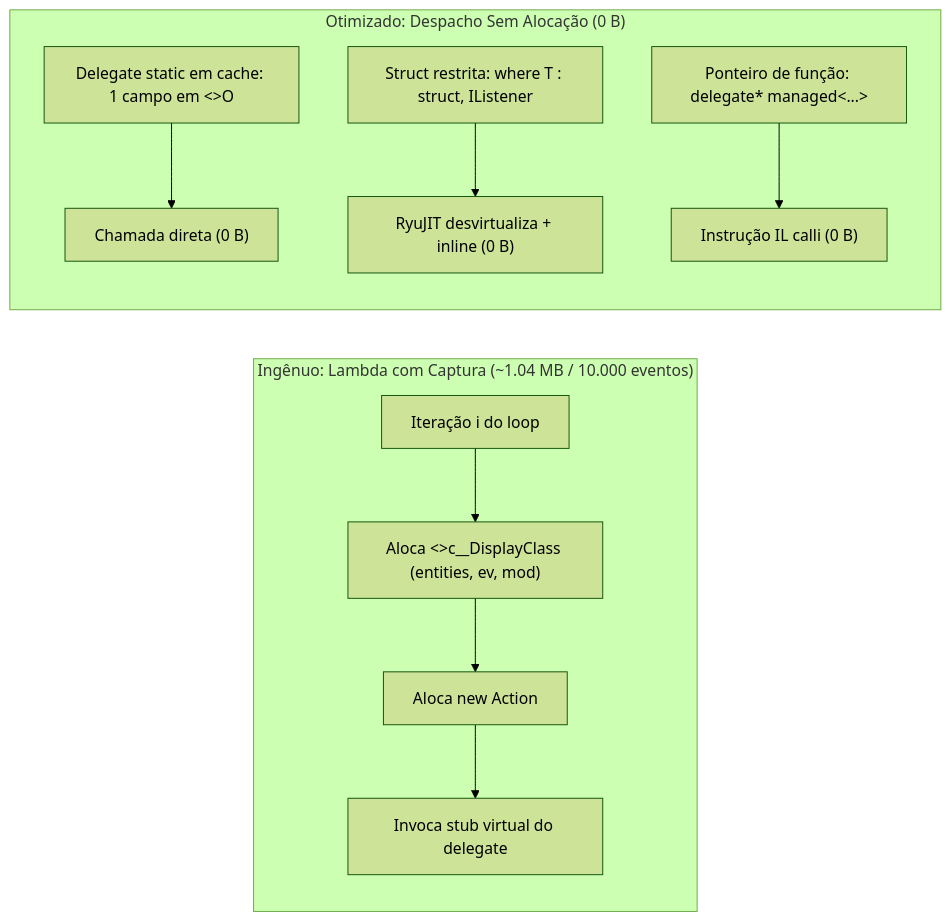
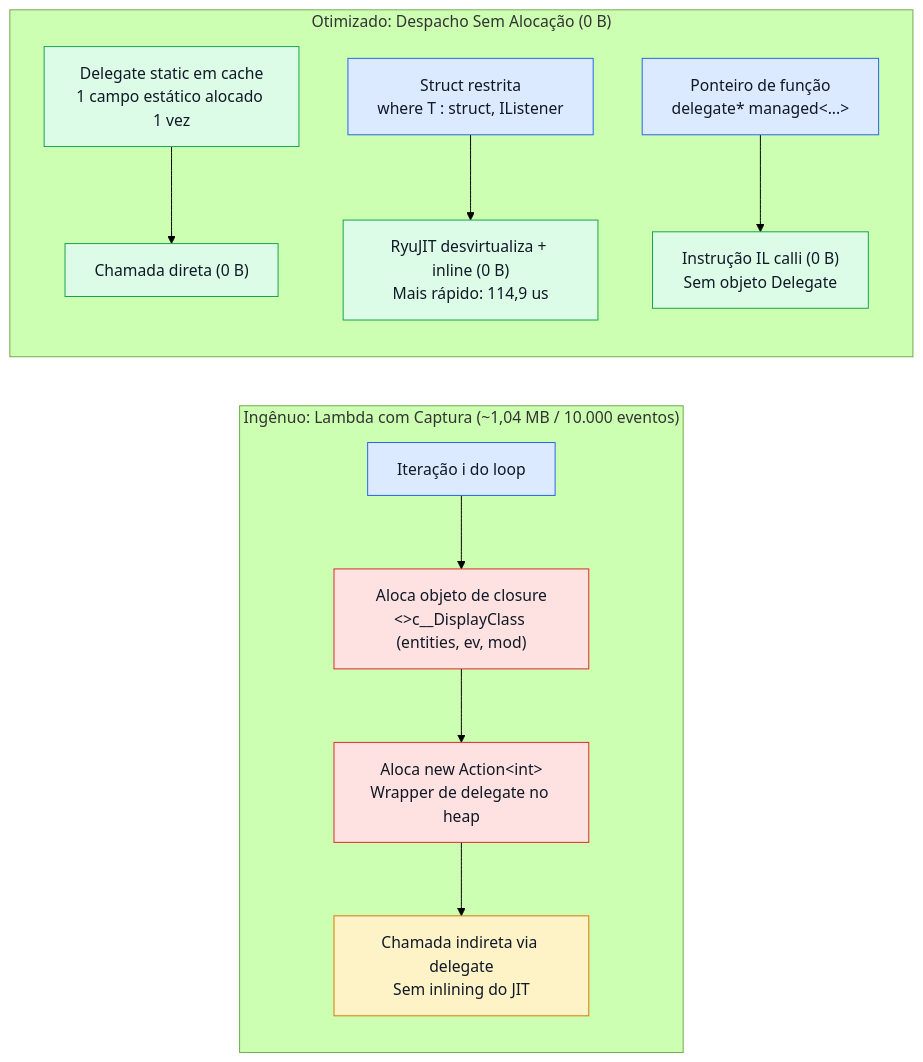
One commit to LevyArsOS/csharp-lessons changed the diagram in CSharpLessons/DelegateCaching/Tutorial/pt-br.md. Above: the diagram before and after it, drawn with Mermaid (forest theme). The commit also changed other lines of this file and 5 other files, not shown here.

First line of the commit message:
docs(tutorials): fix DelegateCaching labels and upgrade Mermaid diagrams

````diff
--- a/CSharpLessons/DelegateCaching/Tutorial/pt-br.md
+++ b/CSharpLessons/DelegateCaching/Tutorial/pt-br.md
@@ -38,14 +38,19 @@
 ```mermaid
 flowchart LR
-    subgraph Naive["Ingênuo: Lambda com Captura (~1.04 MB / 10.000 eventos)"]
-        N1["Iteração i do loop"] --> N2["Aloca <>c__DisplayClass (entities, ev, mod)"]
-        N2 --> N3["Aloca new Action<int>"]
-        N3 --> N4["Invoca stub virtual do delegate"]
+    classDef slow fill:#fee2e2,stroke:#dc2626,color:#111827
+    classDef fast fill:#dcfce7,stroke:#16a34a,color:#111827
+    classDef hw fill:#dbeafe,stroke:#2563eb,color:#111827
+    classDef warn fill:#fef3c7,stroke:#d97706,color:#111827
+
+    subgraph Naive["Ingênuo: Lambda com Captura (~1,04 MB / 10.000 eventos)"]
+        N1["Iteração i do loop"]:::hw --> N2["Aloca objeto de closure<br/>&lt;&gt;c__DisplayClass (entities, ev, mod)"]:::slow
+        N2 --> N3["Aloca new Action&lt;int&gt;<br/>Wrapper de delegate no heap"]:::slow
+        N3 --> N4["Chamada indireta via delegate<br/>Sem inlining do JIT"]:::warn
     end
 
     subgraph Optimized["Otimizado: Despacho Sem Alocação (0 B)"]
-        O1["Delegate static em cache: 1 campo em <>O"] --> O4["Chamada direta (0 B)"]
-        O2["Struct restrita: where T : struct, IListener"] --> O5["RyuJIT desvirtualiza + inline (0 B)"]
-        O3["Ponteiro de função: delegate* managed<...>"] --> O6["Instrução IL calli (0 B)"]
+        O1["Delegate static em cache<br/>1 campo estático alocado 1 vez"]:::fast --> O4["Chamada direta (0 B)"]:::fast
+        O2["Struct restrita<br/>where T : struct, IListener"]:::hw --> O5["RyuJIT desvirtualiza + inline (0 B)<br/>Mais rápido: 114,9 us"]:::fast
+        O3["Ponteiro de função<br/>delegate* managed&lt;...&gt;"]:::hw --> O6["Instrução IL calli (0 B)<br/>Sem objeto Delegate"]:::fast
     end
 ```
````
